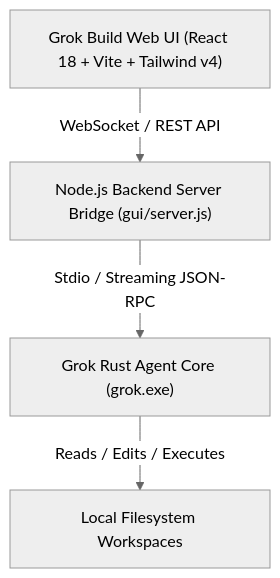
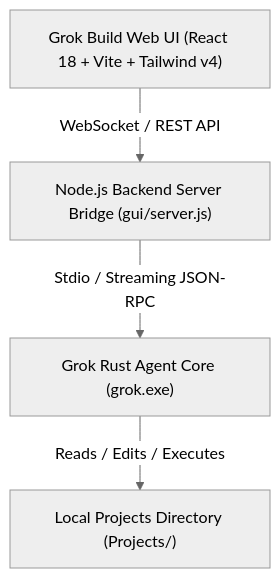
Before and after one commit to himalayladha/grok-build-web-ui: the diagram in README.md, drawn with Mermaid (neutral theme). The commit also changed other lines of this file and 3 other files, not shown here.

````diff
--- a/README.md
+++ b/README.md
@@ -48,6 +70,6 @@
 ```mermaid
 graph TD
     A["Grok Build Web UI (React 18 + Vite + Tailwind v4)"] -->|WebSocket / REST API| B["Node.js Backend Server Bridge (gui/server.js)"]
     B -->|Stdio / Streaming JSON-RPC| C["Grok Rust Agent Core (grok.exe)"]
-    C -->|Reads / Edits / Executes| D["Local Filesystem Workspaces"]
+    C -->|Reads / Edits / Executes| D["Local Projects Directory (Projects/)"]
 ```
````
